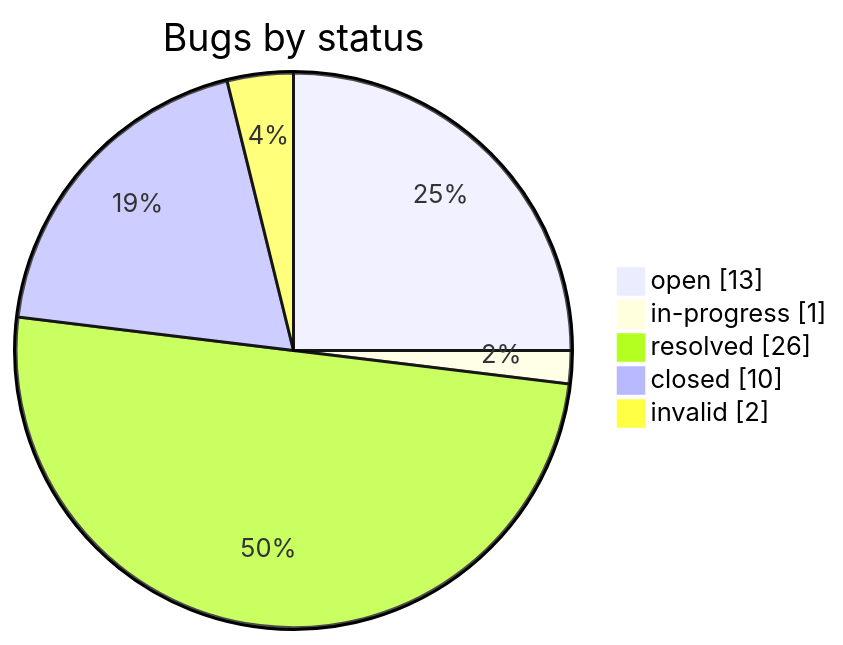
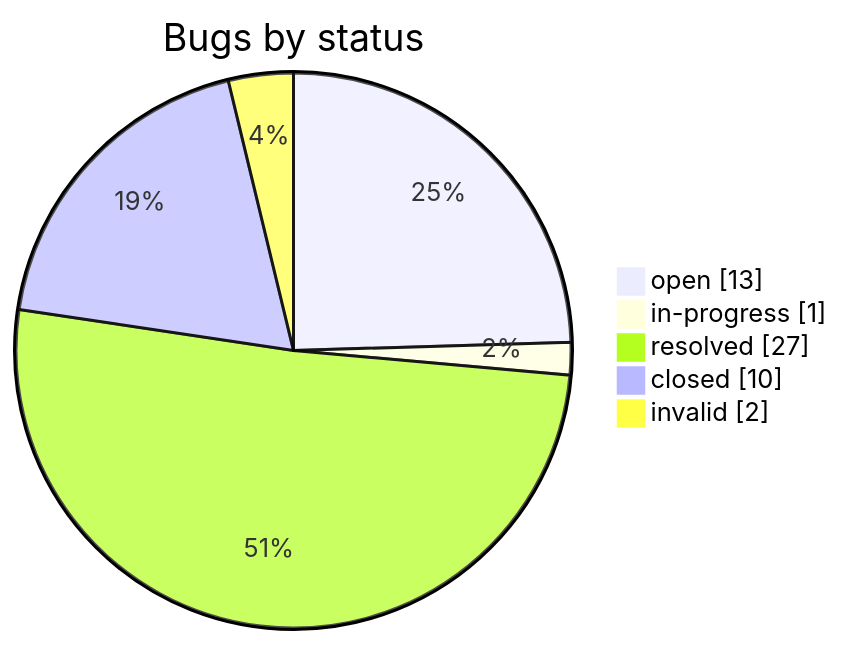
The second of 2 diagrams in STATUS.md (iammaxsu/automatic-testing-architecture), drawn with Mermaid before and after one commit. The commit also changed other lines of this file and 5 other files, not shown here.

````diff
--- a/STATUS.md
+++ b/STATUS.md
@@ -165,8 +165,8 @@
 ```mermaid
 pie showData title Bugs by status
     "open" : 13
     "in-progress" : 1
-    "resolved" : 26
+    "resolved" : 27
     "closed" : 10
     "invalid" : 2
 ```
````
